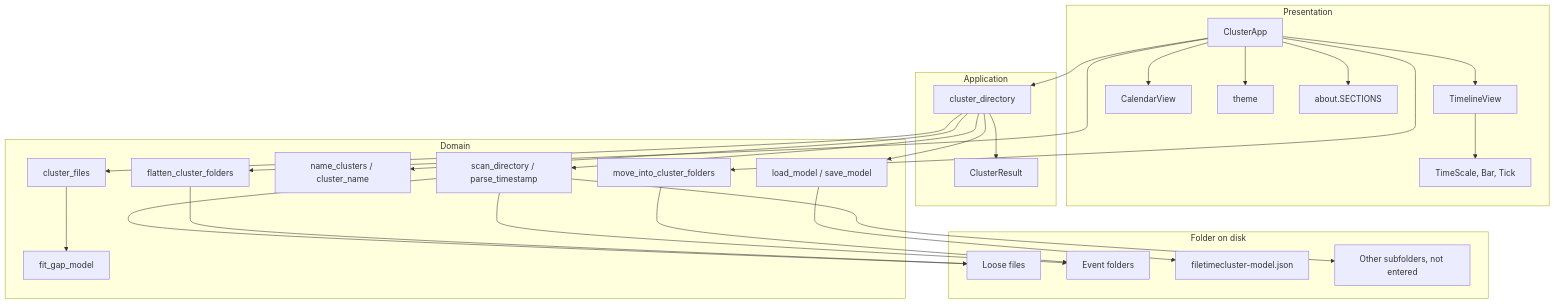
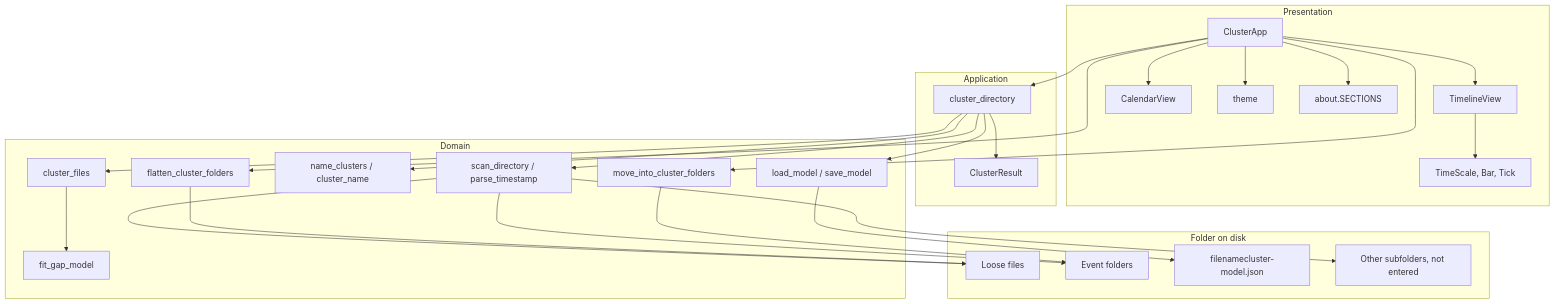
The second of 5 diagrams in docs/architecture.md (rvcgeeks/filenamecluster), drawn with Mermaid before and after one commit. The commit also changed other lines of this file and 43 other files, not shown here.

````diff
--- a/docs/architecture.md
+++ b/docs/architecture.md
@@ -32,54 +32,54 @@
 ```mermaid
 flowchart TB
     subgraph presentation["Presentation"]
         app["ClusterApp"]
         timeline["TimelineView"]
         calendar["CalendarView"]
         layout["TimeScale, Bar, Tick"]
         theme["theme"]
         about["about.SECTIONS"]
     end
 
     subgraph application["Application"]
         pipeline["cluster_directory"]
         result["ClusterResult"]
     end
 
     subgraph domain["Domain"]
         parse["scan_directory / parse_timestamp"]
         cluster["cluster_files"]
         learn["fit_gap_model"]
         names["name_clusters / cluster_name"]
         move["move_into_cluster_folders"]
         flatten["flatten_cluster_folders"]
         modelfile["load_model / save_model"]
     end
 
     subgraph storage["Folder on disk"]
         loose["Loose files"]
         events["Event folders"]
-        json["filetimecluster-model.json"]
+        json["filenamecluster-model.json"]
         other["Other subfolders, not entered"]
     end
 
     app --> timeline
     app --> calendar
     timeline --> layout
     app --> theme
     app --> about
     app --> pipeline
     app --> move
     app --> flatten
     pipeline --> result
     pipeline --> parse
     pipeline --> cluster
     pipeline --> names
     pipeline --> modelfile
     cluster --> learn
     parse --> loose
     parse --> events
     parse --> other
     modelfile --> json
     move --> events
     flatten --> loose
 ```
````
